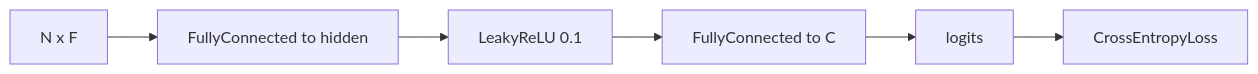
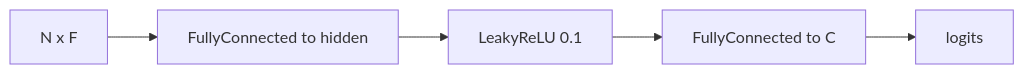
The second of 2 diagrams in docs/usage/models.md (Kemo321/Bachelor-Thesis), drawn with Mermaid before and after one commit. The commit also changed other lines of this file and 166 other files, not shown here.

````diff
--- a/docs/usage/models.md
+++ b/docs/usage/models.md
@@ -75,8 +33,7 @@
 ```mermaid
 flowchart LR
     x["N x F"] --> d1["FullyConnected to hidden"]
     d1 --> r["LeakyReLU 0.1"]
     r --> d2["FullyConnected to C"]
     d2 --> logits["logits"]
-    logits --> ce["CrossEntropyLoss"]
 ```
````
